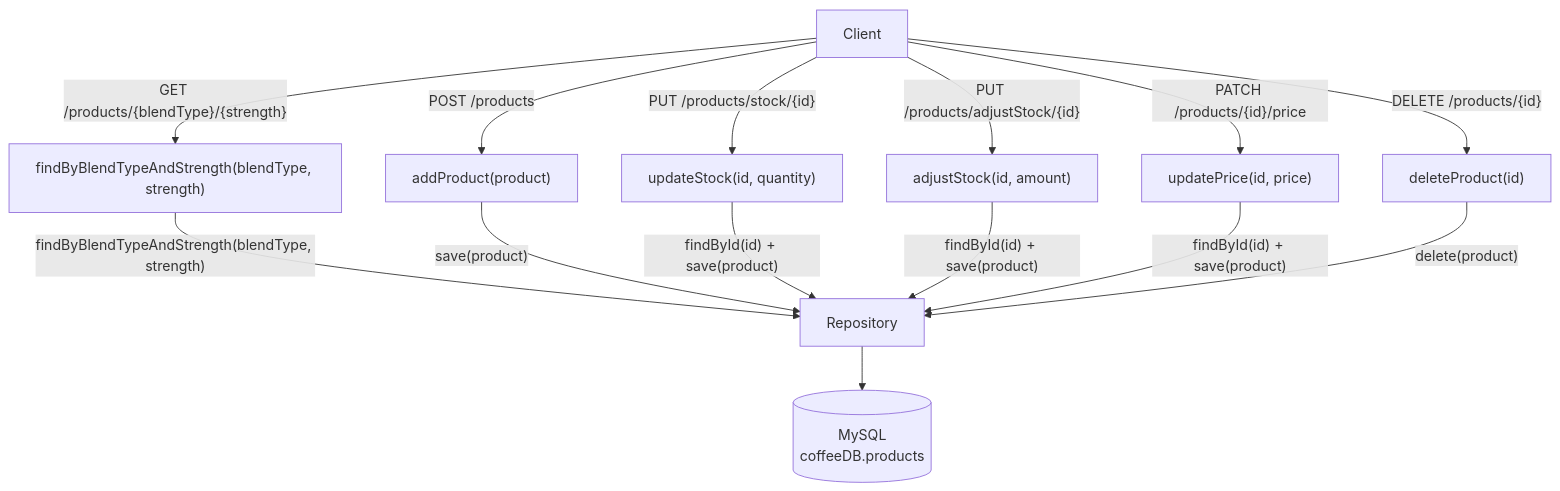
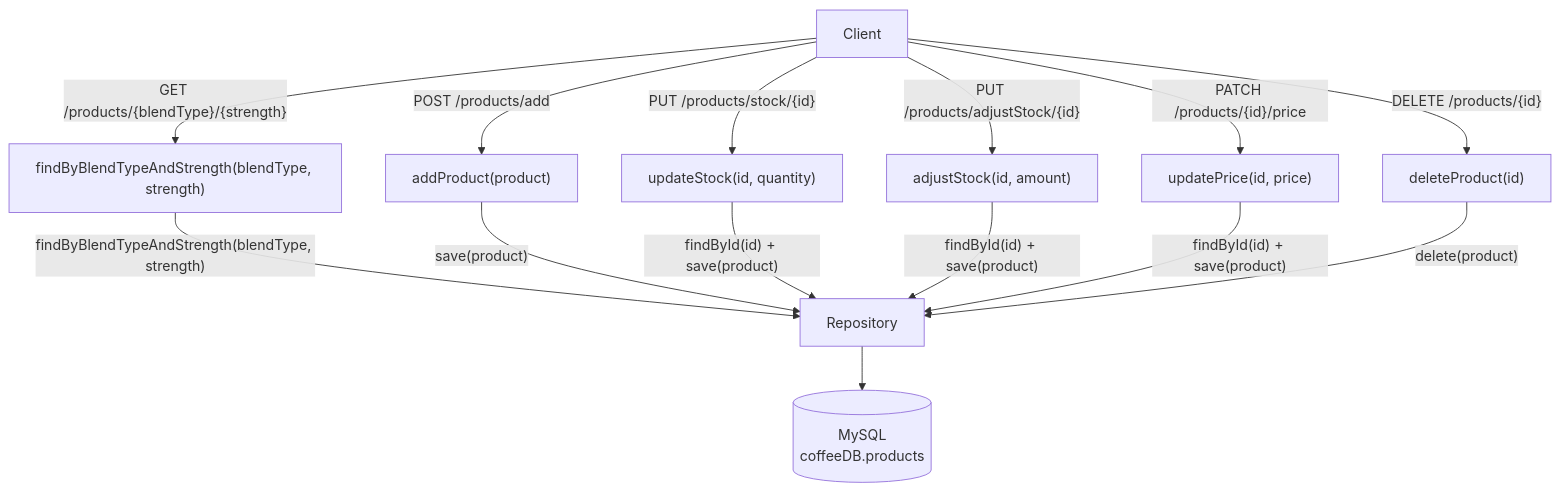
Before and after one commit to Jade-Evans/group-2-project: the diagram in README.md, drawn with Mermaid. The commit also changed other lines of this file, not shown here.

Commit message:
remove duplicate Docker config guidelines, tidy up and update mermaid flowchart with add in second endpoint after rename

````diff
--- a/README.md
+++ b/README.md
@@ -12,20 +12,20 @@
 ```mermaid
 flowchart TD
     Client["Client"]
 
     Client -->|"GET /products/{blendType}/{strength}"| SearchByType["findByBlendTypeAndStrength(blendType, strength)"]
-    Client -->|"POST /products"| CreateProduct["addProduct(product)"]
+    Client -->|"POST /products/add"| CreateProduct["addProduct(product)"]
     Client -->|"PUT /products/stock/{id}"| UpdateStock["updateStock(id, quantity)"]
     Client -->|"PUT /products/adjustStock/{id}"| AdjustStock["adjustStock(id, amount)"]
     Client -->|"PATCH /products/{id}/price"| UpdatePrice["updatePrice(id, price)"]
     Client -->|"DELETE /products/{id}"| DeleteById["deleteProduct(id)"]
 
     SearchByType -->|"findByBlendTypeAndStrength(blendType, strength)"| Repository
     CreateProduct -->|"save(product)"| Repository
     UpdateStock -->|"findById(id) + save(product)"| Repository
     AdjustStock -->|"findById(id) + save(product)"| Repository
     UpdatePrice -->|"findById(id) + save(product)"| Repository
     DeleteById -->|"delete(product)"| Repository
 
     Repository --> Database[("MySQL<br/>coffeeDB.products")]
 ```
````
